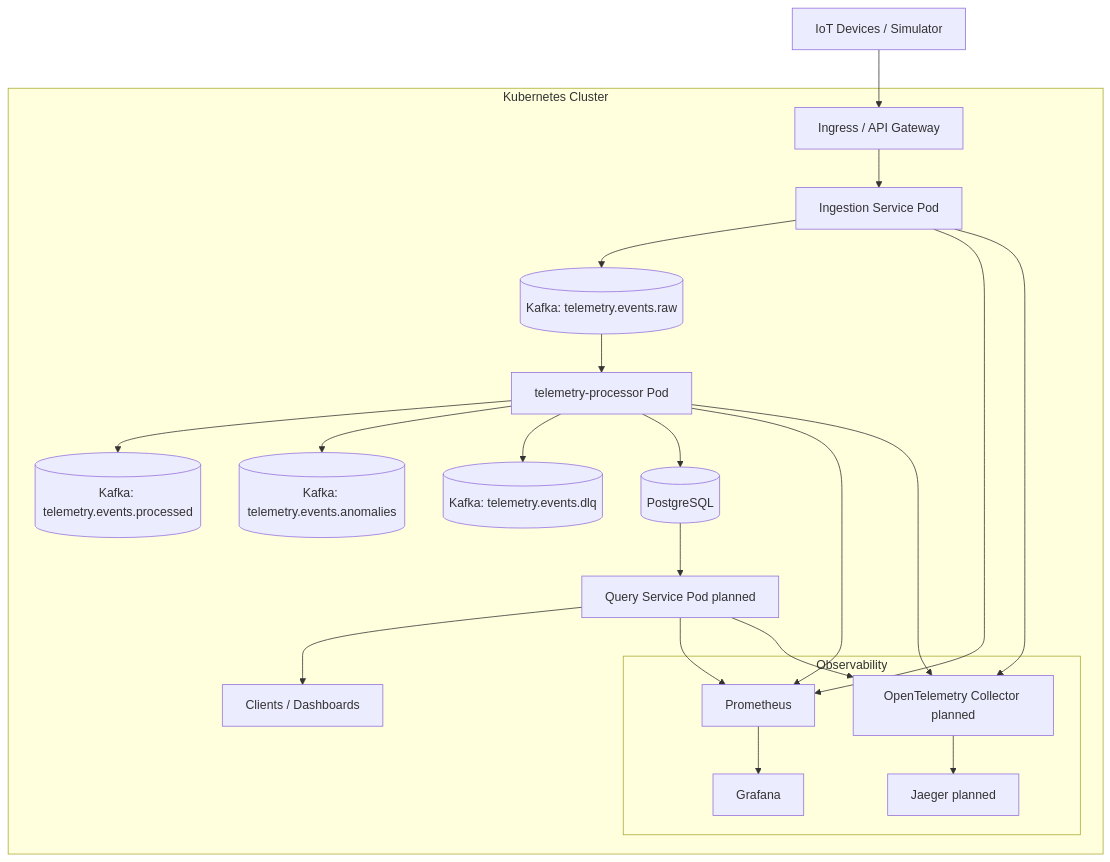
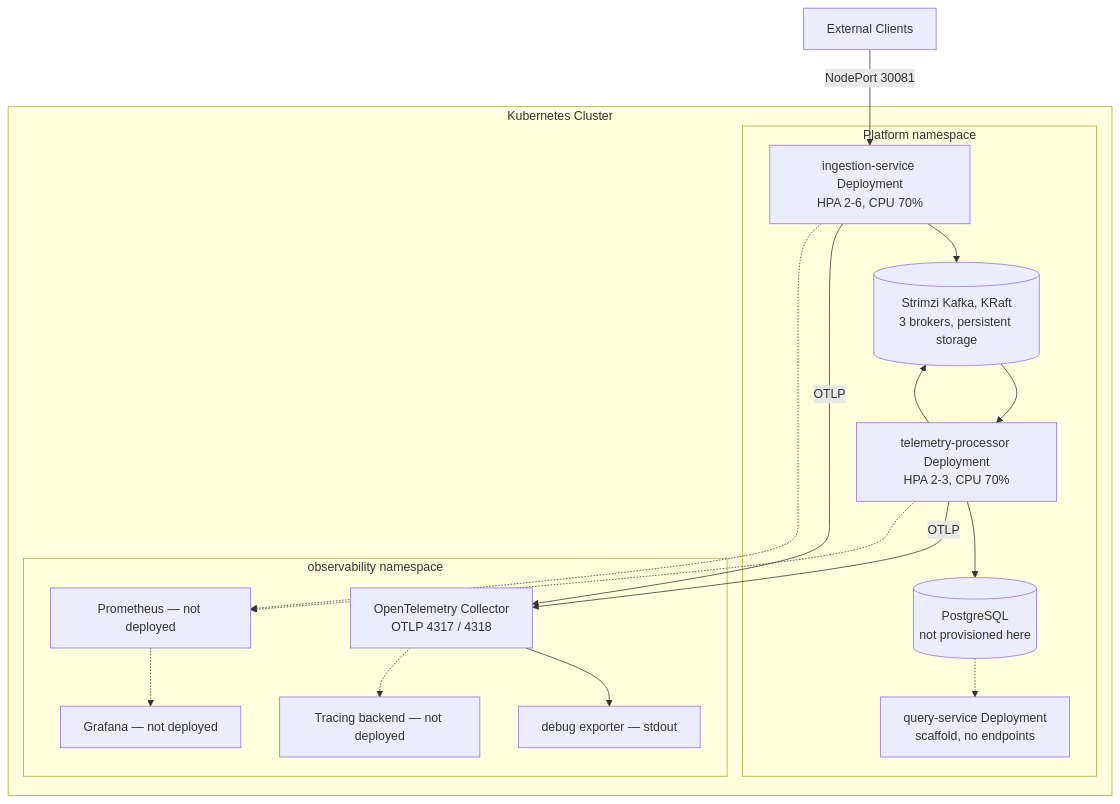
The diagram in docs/diagrams/kubernetes-deployment.md (ME-Massine/pulsestream), drawn with Mermaid before and after one commit. The commit also changed other lines of this file and 15 other files, not shown here.

First line of the commit message:
docs: synchronize project state, roadmap, and diagrams (#261)

````diff
--- a/docs/diagrams/kubernetes-deployment.md
+++ b/docs/diagrams/kubernetes-deployment.md
@@ -5,37 +7,37 @@
 ```mermaid
 flowchart TB
-    U[IoT Devices / Simulator] --> I[Ingress / API Gateway]
+    U[External Clients] -->|NodePort 30081| S1
 
-    subgraph Kubernetes Cluster
-        I --> S1[Ingestion Service Pod]
-        S1 --> K1[(Kafka: telemetry.events.raw)]
+    subgraph Cluster["Kubernetes Cluster"]
+        subgraph Platform["Platform namespace"]
+            S1[ingestion-service Deployment<br/>HPA 2-6, CPU 70%]
+            S2[telemetry-processor Deployment<br/>HPA 2-3, CPU 70%]
+            S3[query-service Deployment<br/>scaffold, no endpoints]
 
-        K1 --> S2[telemetry-processor Pod]
-        S2 --> K2[(Kafka: telemetry.events.processed)]
-        S2 --> K3[(Kafka: telemetry.events.anomalies)]
-        S2 --> K4[(Kafka: telemetry.events.dlq)]
+            K[(Strimzi Kafka, KRaft<br/>3 brokers, persistent storage)]
+            DB[(PostgreSQL<br/>not provisioned here)]
 
-        S2 --> DB[(PostgreSQL)]
-
-        DB --> S3[Query Service Pod planned]
-        S3 --> C[Clients / Dashboards]
-
-        subgraph Observability
-            P[Prometheus]
-            G[Grafana]
-            O[OpenTelemetry Collector planned]
-            J[Jaeger planned]
+            S1 --> K
+            K --> S2
+            S2 --> K
+            S2 --> DB
+            DB -.-> S3
         end
 
-        S1 --> P
-        S2 --> P
-        S3 --> P
+        subgraph Obs["observability namespace"]
+            O[OpenTelemetry Collector<br/>OTLP 4317 / 4318]
+            DBG[debug exporter — stdout]
+            P[Prometheus — not deployed]
+            G[Grafana — not deployed]
+            J[Tracing backend — not deployed]
+        end
 
-        S1 --> O
-        S2 --> O
-        S3 --> O
-
-        P --> G
-        O --> J
+        S1 -->|OTLP| O
+        S2 -->|OTLP| O
+        O --> DBG
+        O -.-> J
+        S1 -.-> P
+        S2 -.-> P
+        P -.-> G
     end
 ```
````
